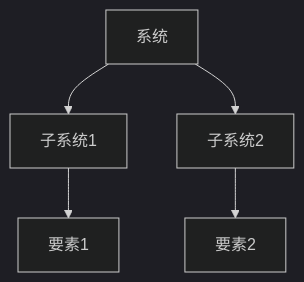
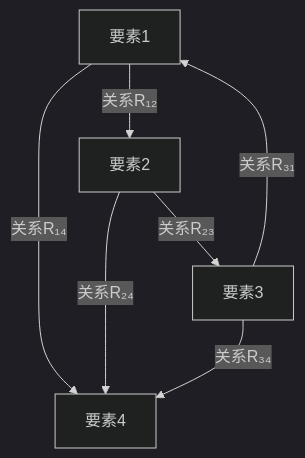
The second of 9 diagrams in 1.系统理论/1.3 形式化结构/1.3.3 结构图与表.md (AdaMartin18010/SystemOSIOT), drawn with Mermaid (dark theme) before and after one commit. The commit also changed other lines of this file and 80 other files, not shown here.

````diff
--- a/1.系统理论/1.3 形式化结构/1.3.3 结构图与表.md
+++ b/1.系统理论/1.3 形式化结构/1.3.3 结构图与表.md
@@ -9,7 +33,9 @@
 ```mermaid
 graph TD;
-  S[系统] --> S1[子系统1];
-  S --> S2[子系统2];
-  S1 --> E1[要素1];
-  S2 --> E2[要素2];
+  E1[要素1] -- 关系R₁₂ --> E2[要素2];
+  E2 -- 关系R₂₃ --> E3[要素3];
+  E3 -- 关系R₃₁ --> E1;
+  E1 -- 关系R₁₄ --> E4[要素4];
+  E2 -- 关系R₂₄ --> E4;
+  E3 -- 关系R₃₄ --> E4;
 ```
````
